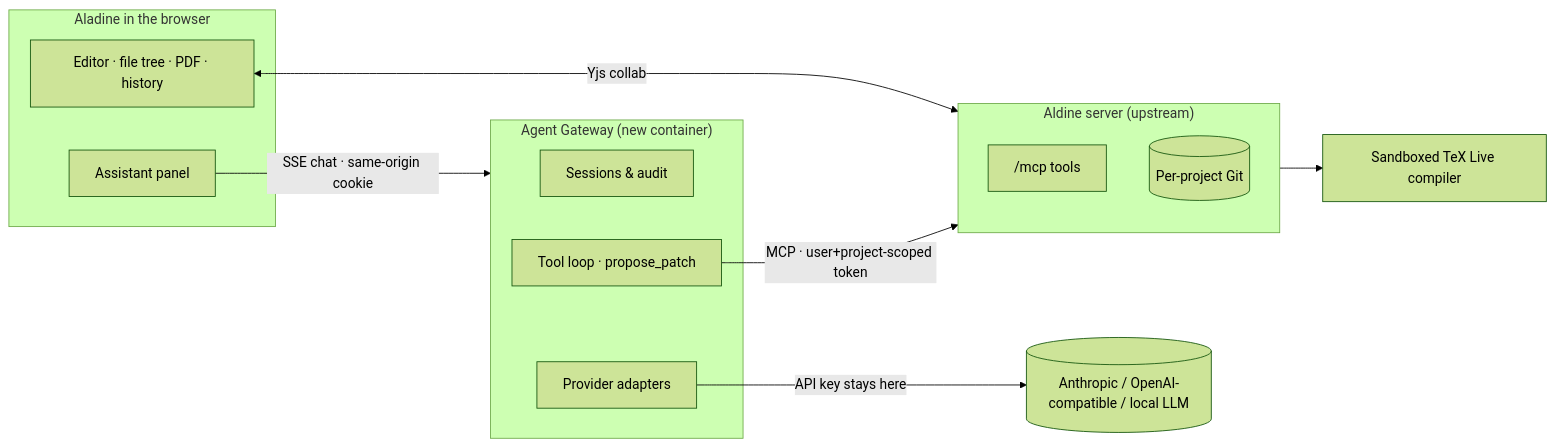
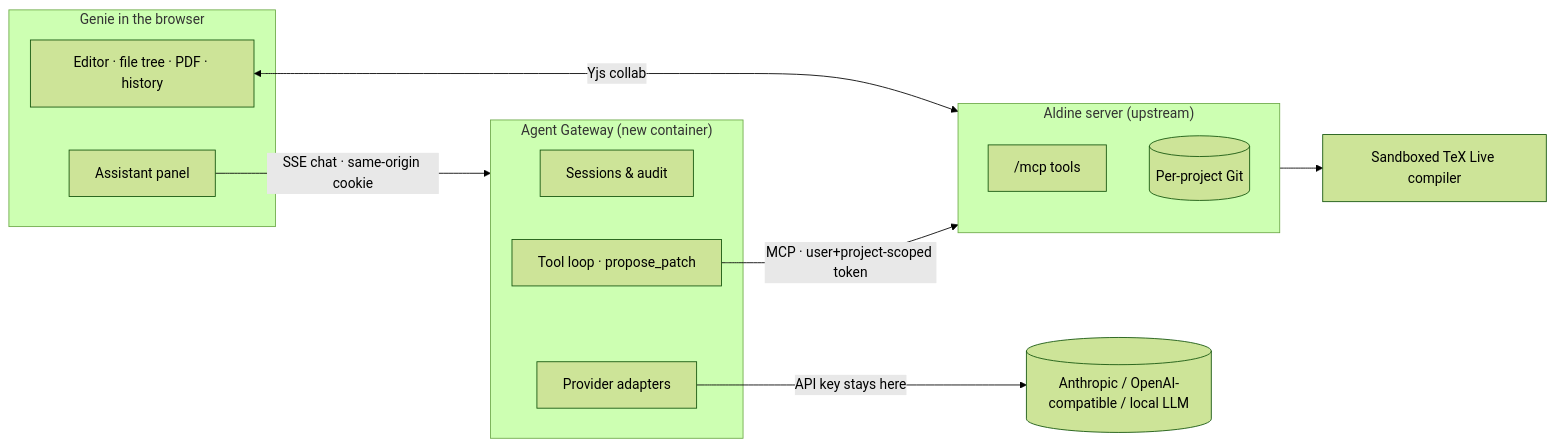
The diagram in README.md (alejp1998/genie-of-the-lamp), drawn with Mermaid (forest theme) before and after one commit. The commit also changed other lines of this file and 31 other files, not shown here.

````diff
--- a/README.md
+++ b/README.md
@@ -41,21 +41,21 @@
 ```mermaid
 flowchart LR
-  subgraph Browser["Aladine in the browser"]
+  subgraph Browser["Genie in the browser"]
     E[Editor · file tree · PDF · history]
     P[Assistant panel]
   end
   P -- "SSE chat · same-origin cookie" --> G
   subgraph G["Agent Gateway (new container)"]
     S[Sessions & audit]
     A[Provider adapters]
     T[Tool loop · propose_patch]
   end
   A -- "API key stays here" --> M[(Anthropic / OpenAI-compatible / local LLM)]
   T -- "MCP · user+project-scoped token" --> X
   E <-- "Yjs collab" --> X
   subgraph X["Aldine server (upstream)"]
     MCP["/mcp tools"]
     Git[(Per-project Git)]
   end
   X --> C[Sandboxed TeX Live compiler]
 ```
````
